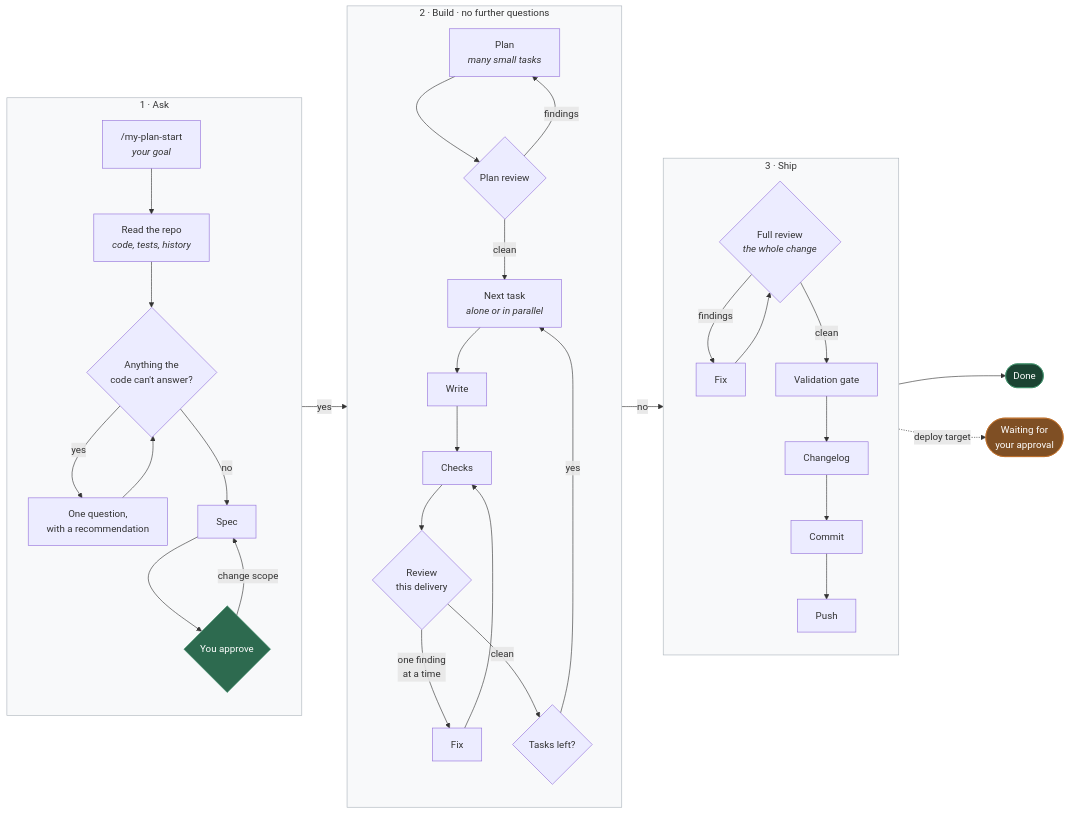
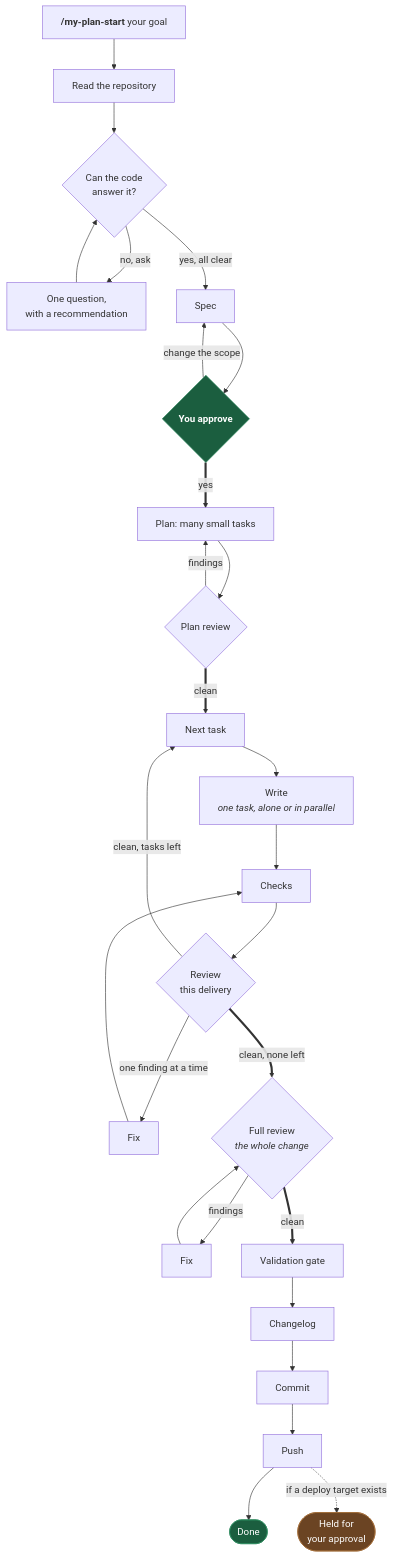
One commit to anthonydaros/my-plan-claude-plugin changed the diagram in README.md. Above: the diagram before and after it, drawn with Mermaid. The commit also changed other lines of this file, not shown here.

Commit message:
Redraw the flow diagram as a single vertical flow
The three-column layout rendered as three disconnected islands with the loops
hard to follow, and the section labels used a non-ASCII separator that survives
one renderer and breaks in the next.

Redrawn as one top-to-bottom flow, ASCII only, with the happy path in bold
arrows and the single point where the user is asked marked in green. Verified by
rendering it rather than by reading it: 649px wide, so it fits without horizontal
scrolling.

````diff
--- a/README.md
+++ b/README.md
@@ -72,52 +72,40 @@
 ```mermaid
-flowchart LR
-    subgraph ASK[" 1 · Ask "]
-        direction TB
-        S["/my-plan-start<br/><i>your goal</i>"] --> SCAN["Read the repo<br/><i>code, tests, history</i>"]
-        SCAN --> Q{"Anything the<br/>code can't answer?"}
-        Q -->|yes| ASKQ["One question,<br/>with a recommendation"]
-        ASKQ --> Q
-        Q -->|no| SPEC["Spec"]
-        SPEC --> APPR{"You approve"}
-    end
+flowchart TD
+    S["<b>/my-plan-start</b> your goal"] --> SCAN["Read the repository"]
+    SCAN --> Q{"Can the code<br/>answer it?"}
+    Q -->|"no, ask"| ASKQ["One question,<br/>with a recommendation"]
+    ASKQ --> Q
+    Q -->|"yes, all clear"| SPEC["Spec"]
+    SPEC --> APPR{"You approve"}
+    APPR -->|"change the scope"| SPEC
 
-    APPR -->|"yes"| PLAN
-    APPR -->|"change scope"| SPEC
+    APPR ==>|"yes"| PLAN["Plan: many small tasks"]
+    PLAN --> PR{"Plan review"}
+    PR -->|"findings"| PLAN
 
-    subgraph BUILD[" 2 · Build · no further questions "]
-        direction TB
-        PLAN["Plan<br/><i>many small tasks</i>"] --> PR{"Plan review"}
-        PR -->|"findings"| PLAN
-        PR -->|"clean"| T
+    PR ==>|"clean"| T["Next task"]
+    T --> W["Write<br/><i>one task, alone or in parallel</i>"]
+    W --> G["Checks"]
+    G --> RV{"Review<br/>this delivery"}
+    RV -->|"one finding at a time"| FIX["Fix"]
+    FIX --> G
+    RV -->|"clean, tasks left"| T
 
-        T["Next task<br/><i>alone or in parallel</i>"] --> W["Write"]
-        W --> GATE["Checks"]
-        GATE --> RV{"Review<br/>this delivery"}
-        RV -->|"one finding<br/>at a time"| FIX["Fix"]
-        FIX --> GATE
-        RV -->|"clean"| MORE{"Tasks left?"}
-        MORE -->|"yes"| T
-    end
+    RV ==>|"clean, none left"| FULL{"Full review<br/><i>the whole change</i>"}
+    FULL -->|"findings"| REM["Fix"]
+    REM --> FULL
 
-    MORE -->|"no"| FULL
+    FULL ==>|"clean"| VAL["Validation gate"]
+    VAL --> CL["Changelog"]
+    CL --> CM["Commit"]
+    CM --> PUSH["Push"]
+    PUSH --> DONE(["Done"])
+    PUSH -.->|"if a deploy target exists"| HOLD(["Held for<br/>your approval"])
 
-    subgraph SHIP[" 3 · Ship "]
-        direction TB
-        FULL{"Full review<br/><i>the whole change</i>"} -->|"findings"| REM["Fix"]
-        REM --> FULL
-        FULL -->|"clean"| VAL["Validation gate"]
-        VAL --> CL["Changelog"]
-        CL --> C["Commit"]
-        C --> P["Push"]
-    end
-
-    P --> DONE(["Done"])
-    P -.->|"deploy target"| HOLD(["Waiting for<br/>your approval"])
-
-    style APPR fill:#2d6a4f,stroke:#40916c,color:#fff
-    style DONE fill:#1b4332,stroke:#40916c,color:#fff
-    style HOLD fill:#7f4f24,stroke:#bc6c25,color:#fff
-    style ASK fill:#f8f9fa,stroke:#adb5bd
-    style BUILD fill:#f8f9fa,stroke:#adb5bd
-    style SHIP fill:#f8f9fa,stroke:#adb5bd
+    classDef gate fill:#1b5e3f,stroke:#2d8a5f,color:#ffffff,font-weight:bold
+    classDef stop fill:#6b4423,stroke:#a06a35,color:#ffffff
+    classDef done fill:#1b5e3f,stroke:#2d8a5f,color:#ffffff
+    class APPR gate
+    class DONE done
+    class HOLD stop
 ```
````
